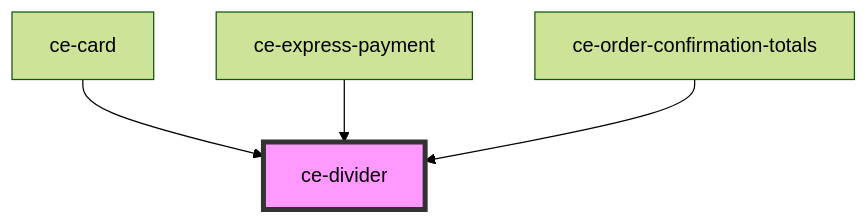
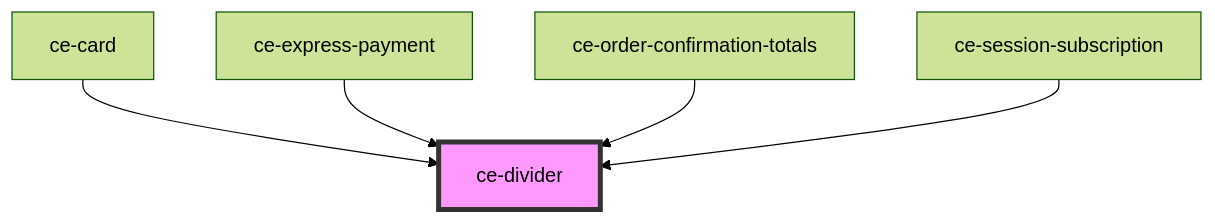
Before and after one commit to surecart/surecart-wp-plugin: the diagram in packages/components/src/components/ui/divider/readme.md, drawn with Mermaid (forest theme). The commit also changed other lines of this file and 96 other files, not shown here.

````diff
--- a/packages/components/src/components/ui/divider/readme.md
+++ b/packages/components/src/components/ui/divider/readme.md
@@ -26,7 +27,8 @@
 ```mermaid
 graph TD;
   ce-card --> ce-divider
   ce-express-payment --> ce-divider
   ce-order-confirmation-totals --> ce-divider
+  ce-session-subscription --> ce-divider
   style ce-divider fill:#f9f,stroke:#333,stroke-width:4px
 ```
````
